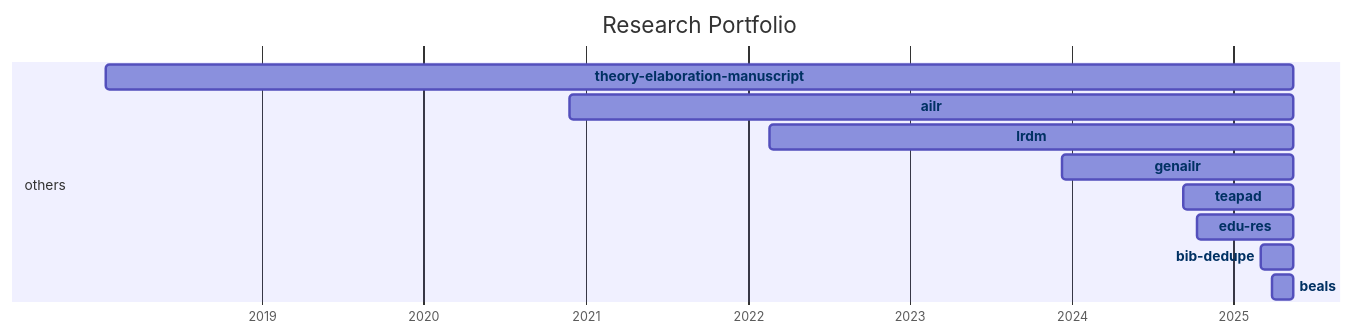
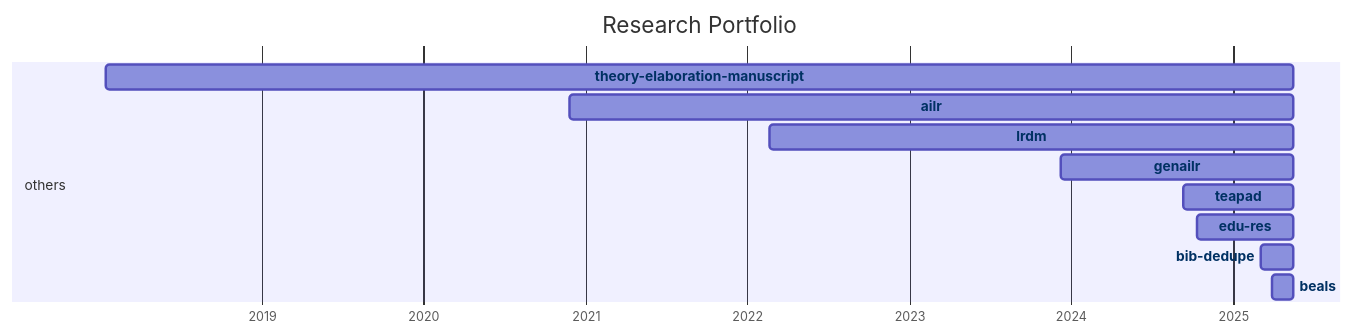
The diagram in docs/20-research/25-projects-gantt.md (digital-work-lab/handbook), drawn with Mermaid before and after one commit.

Commit message:
Update repository overview

````diff
--- a/docs/20-research/25-projects-gantt.md
+++ b/docs/20-research/25-projects-gantt.md
@@ -8,35 +8,35 @@
 ```mermaid
 ---
 displayMode: compact
 ---
 gantt
 title Research Portfolio
 dateFormat YYYY-MM-DD
 axisFormat %Y
 
     section work_practices
 
     section distributed_organizing
 
     section knowledge_synthesis
 
     section others
-        beals :beals, 2025-03-28, 2025-05-15
-        bib-dedupe :bib-dedupe, 2025-03-04, 2025-05-15
-        edu-res :edu-res, 2024-10-10, 2025-05-15
-        teapad :teapad, 2024-09-10, 2025-05-15
-        genailr :genailr, 2023-12-10, 2025-05-15
-        lrdm :lrdm, 2022-02-20, 2025-05-15
-        ailr :ailr, 2020-11-26, 2025-05-15
-        theory-elaboration-manuscript :theory-elaboration-manuscript, 2018-01-15, 2025-05-15
+        beals :beals, 2025-03-28, 2025-05-16
+        bib-dedupe :bib-dedupe, 2025-03-04, 2025-05-16
+        edu-res :edu-res, 2024-10-10, 2025-05-16
+        teapad :teapad, 2024-09-10, 2025-05-16
+        genailr :genailr, 2023-12-10, 2025-05-16
+        lrdm :lrdm, 2022-02-20, 2025-05-16
+        ailr :ailr, 2020-11-26, 2025-05-16
+        theory-elaboration-manuscript :theory-elaboration-manuscript, 2018-01-15, 2025-05-16
 
 
     click beals href "{{ site.baseurl }}/docs/20-research/25-projects/_repos/beals"
     click bib-dedupe href "{{ site.baseurl }}/docs/20-research/25-projects/_repos/bib-dedupe"
     click edu-res href "{{ site.baseurl }}/docs/20-research/25-projects/_repos/edu-res"
     click teapad href "{{ site.baseurl }}/docs/20-research/25-projects/_repos/teapad"
     click genailr href "{{ site.baseurl }}/docs/20-research/25-projects/_repos/genailr"
     click lrdm href "{{ site.baseurl }}/docs/20-research/25-projects/_repos/lrdm"
     click ailr href "{{ site.baseurl }}/docs/20-research/25-projects/_repos/ailr"
     click theory-elaboration-manuscript href "{{ site.baseurl }}/docs/20-research/25-projects/_repos/theory-elaboration-manuscript"
 ```
````
